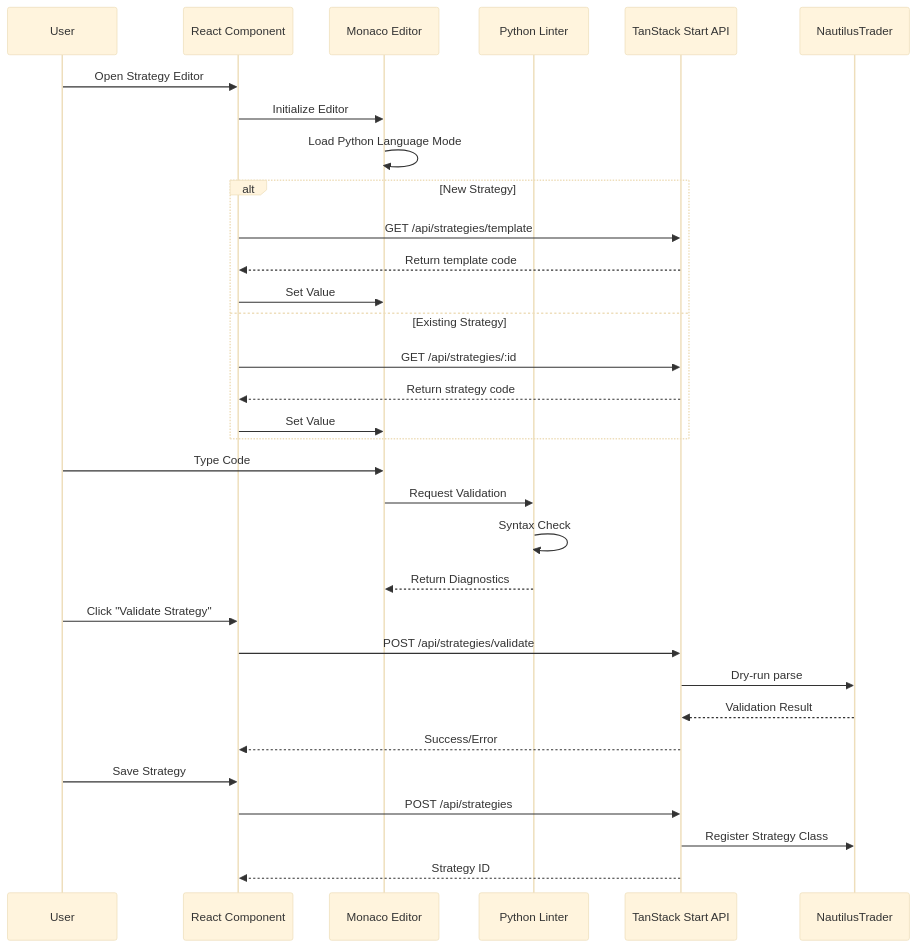
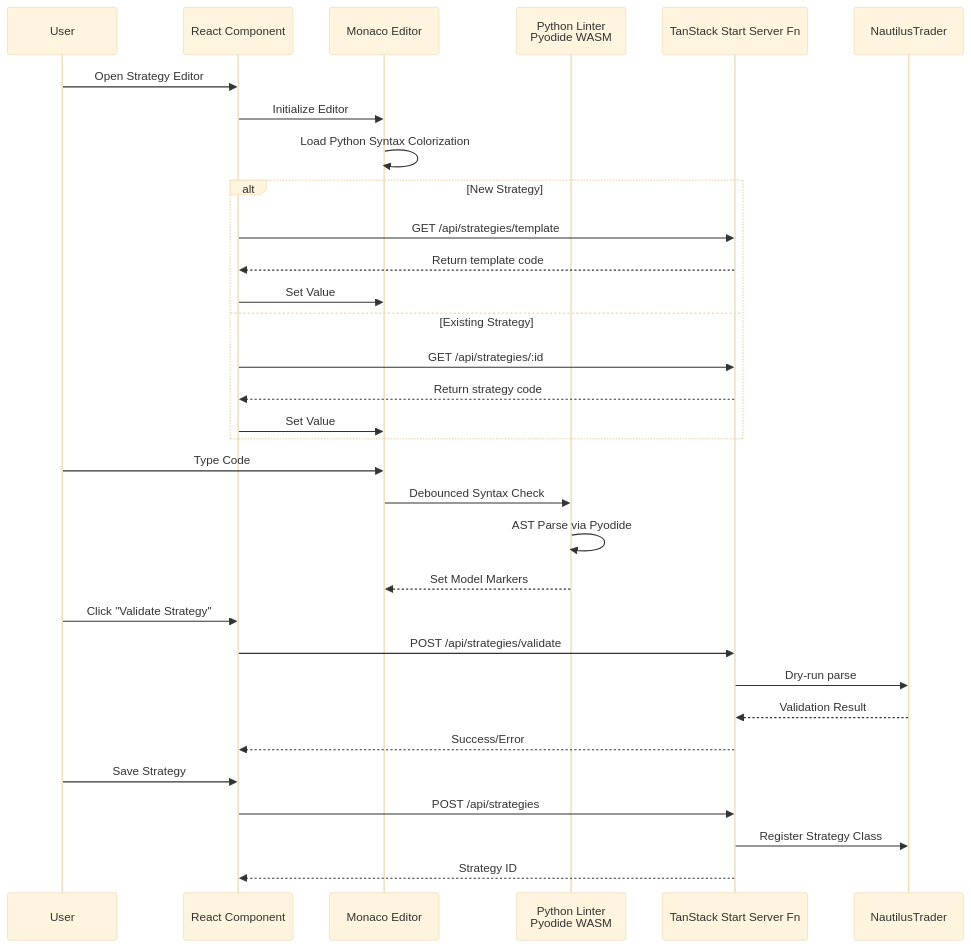
The third of 8 diagrams in system_design.md (huydhoang/quantlens-docs), drawn with Mermaid (base theme) before and after one commit. The commit also changed other lines of this file and 3 other files, not shown here.

````diff
--- a/system_design.md
+++ b/system_design.md
@@ -90,39 +91,39 @@
 ```mermaid
 sequenceDiagram
     participant User
     participant React as React Component
     participant Monaco as Monaco Editor
-    participant PyLinter as Python Linter
-    participant TSStart as TanStack Start API
+    participant PyLinter as Python Linter<br/>Pyodide WASM
+    participant TSStart as TanStack Start Server Fn
     participant Nautilus as NautilusTrader
     
     User->>React: Open Strategy Editor
     React->>Monaco: Initialize Editor
-    Monaco->>Monaco: Load Python Language Mode
+    Monaco->>Monaco: Load Python Syntax Colorization
     
     alt New Strategy
         React->>TSStart: GET /api/strategies/template
         TSStart-->>React: Return template code
         React->>Monaco: Set Value
     else Existing Strategy
         React->>TSStart: GET /api/strategies/:id
         TSStart-->>React: Return strategy code
         React->>Monaco: Set Value
     end
     
     User->>Monaco: Type Code
-    Monaco->>PyLinter: Request Validation
-    PyLinter->>PyLinter: Syntax Check
-    PyLinter-->>Monaco: Return Diagnostics
+    Monaco->>PyLinter: Debounced Syntax Check
+    PyLinter->>PyLinter: AST Parse via Pyodide
+    PyLinter-->>Monaco: Set Model Markers
     
     User->>React: Click "Validate Strategy"
     React->>TSStart: POST /api/strategies/validate
     TSStart->>Nautilus: Dry-run parse
     Nautilus-->>TSStart: Validation Result
     TSStart-->>React: Success/Error
     
     User->>React: Save Strategy
     React->>TSStart: POST /api/strategies
     TSStart->>Nautilus: Register Strategy Class
     TSStart-->>React: Strategy ID
 ```
````
